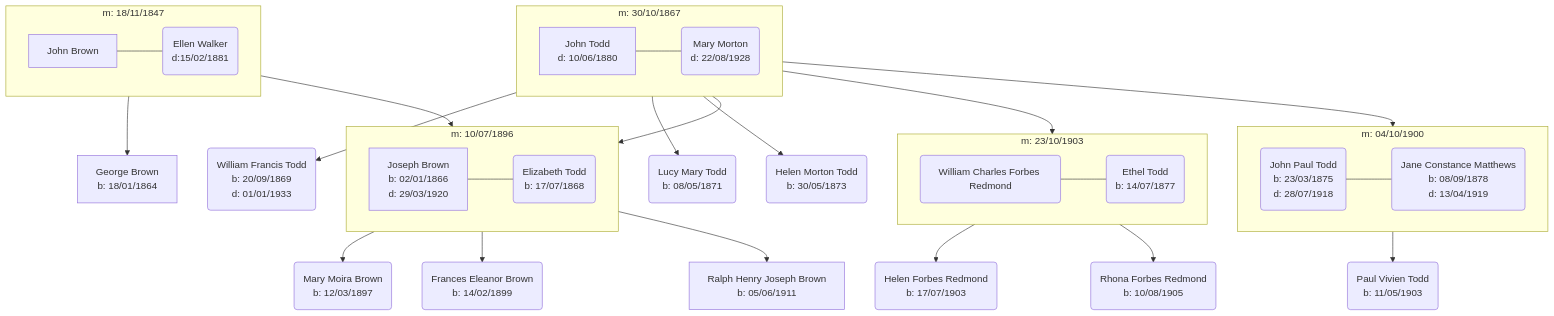
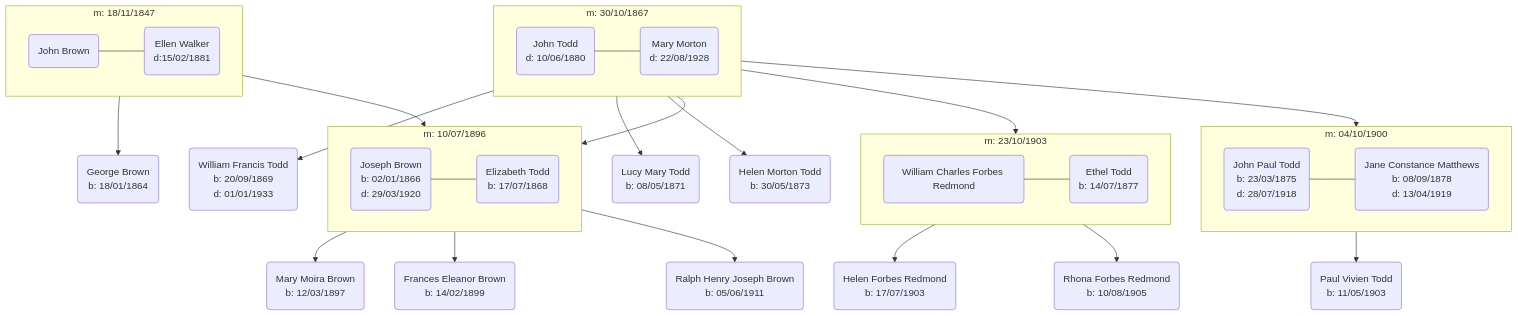
Before and after one commit to a1ecbr0wn/ancestry: the diagram in Ralph-Brown/ralph-brown.md, drawn with Mermaid. The commit also changed 12 other files, not shown here.

````diff
--- a/Ralph-Brown/ralph-brown.md
+++ b/Ralph-Brown/ralph-brown.md
@@ -5,80 +5,80 @@
 ```mermaid
 flowchart TB
-    job[John Brown]
+    job("John Brown")
     ell("Ellen Walker
       d:15/02/1881")
-    jot["John Todd
-      d: 10/06/1880"]
+    jot("John Todd
+      d: 10/06/1880")
     mar("Mary Morton
       d: 22/08/1928")
-    geo["George Brown
-      b: 18/01/1864"]
-    jos["Joseph Brown
+    geo("George Brown
+      b: 18/01/1864")
+    jos("Joseph Brown
       b: 02/01/1866
-      d: 29/03/1920"]
+      d: 29/03/1920")
     eli("Elizabeth Todd
       b: 17/07/1868")
     wil("William Francis Todd
       b: 20/09/1869
       d: 01/01/1933")
     luc("Lucy Mary Todd
       b: 08/05/1871")
     hel("Helen Morton Todd
       b: 30/05/1873")
     jpt("John Paul Todd
       b: 23/03/1875
       d: 28/07/1918")
     jcm("Jane Constance Matthews
       b: 08/09/1878
       d: 13/04/1919")
     pvt("Paul Vivien Todd
       b: 11/05/1903")
     eth("Ethel Todd
       b: 14/07/1877")
     wr("William Charles Forbes Redmond")
     hfr("Helen Forbes Redmond
       b: 17/07/1903")
     rfr("Rhona Forbes Redmond
       b: 10/08/1905")
     moi("Mary Moira Brown
       b: 12/03/1897")
     fra("Frances Eleanor Brown
       b: 14/02/1899")
-    ral["Ralph Henry Joseph Brown
-      b: 05/06/1911"]
+    ral("Ralph Henry Joseph Brown
+      b: 05/06/1911")
 
     subgraph jotmar["m: 30/10/1867"]
         direction LR
         jot ---mar
     end
     jotmar -->eli
     jotmar -->wil
     jotmar -->luc
     jotmar -->hel
     jotmar -->jpt
     subgraph jptjcm["m: 04/10/1900"]
         direction LR
         jpt ---jcm
     end
     jptjcm -->pvt
     subgraph wreth["m: 23/10/1903"]
         direction LR
         wr ---eth
     end
     wreth -->hfr
     wreth -->rfr
     jotmar -->eth
     subgraph jobell["m: 18/11/1847"]
         direction LR
         job ---ell
     end
     jobell -->geo
     jobell -->jos
     subgraph joseli["m: 10/07/1896"]
         direction LR
         jos ---eli
     end
     joseli -->moi
     joseli -->fra
     joseli -->ral
 ```
````
